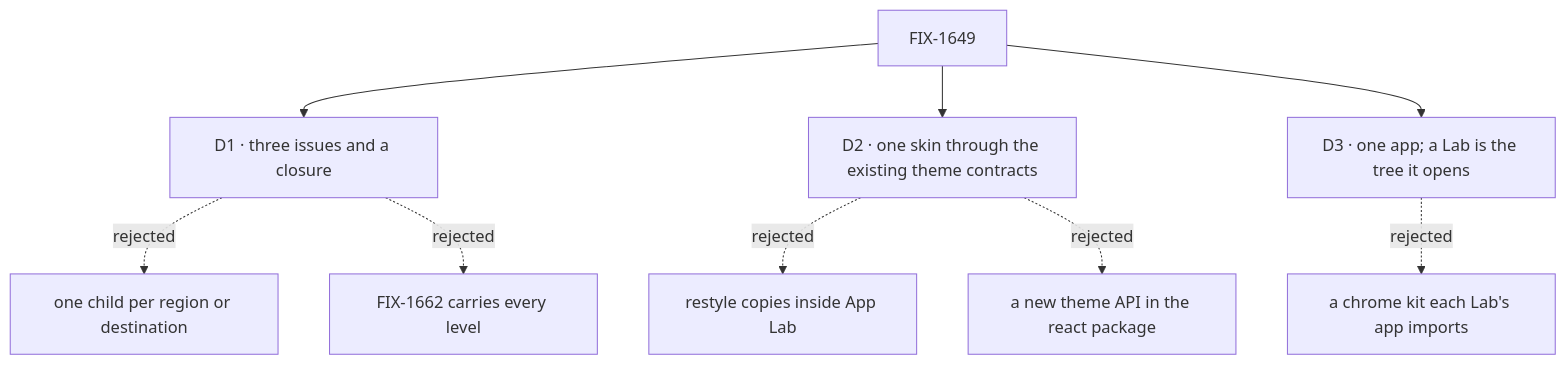
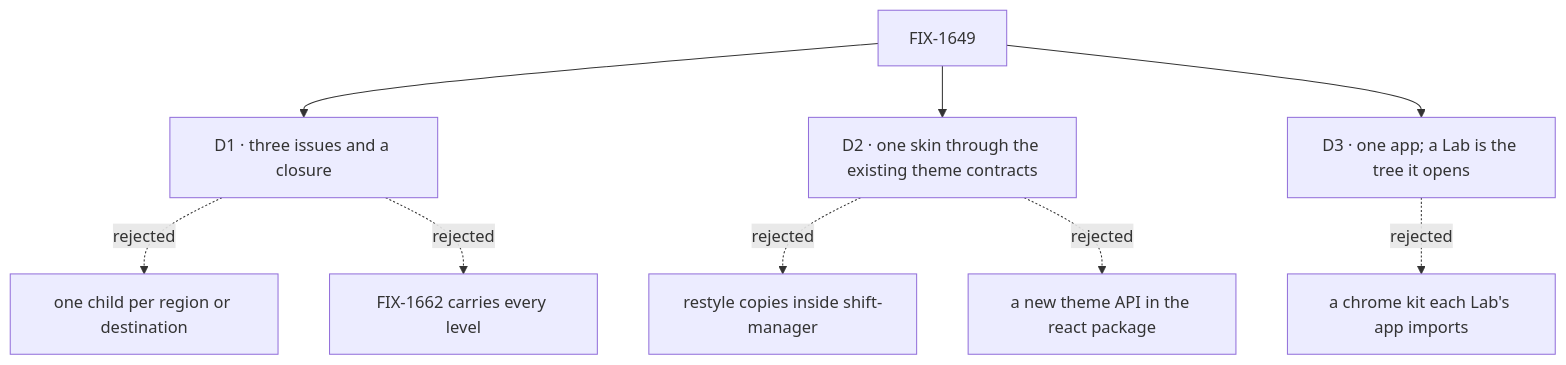
Before and after one commit to fixpoint-labs/flow-state-dev: the diagram in specs/epics/FIX-1649/DECISIONS.md, drawn with Mermaid. The commit also changed other lines of this file and 383 other files, not shown here.

First line of the commit message:
refactor: rename app-lab to shift-manager (FIX-1706)

````diff
--- a/specs/epics/FIX-1649/DECISIONS.md
+++ b/specs/epics/FIX-1649/DECISIONS.md
@@ -11,11 +11,11 @@
 ```mermaid
 flowchart TD
   E["FIX-1649"] --> D1["D1 · three issues and a closure"]
   D1 -.->|"rejected"| X1["one child per region or destination"]
   D1 -.->|"rejected"| X1b["FIX-1662 carries every level"]
   E --> D2["D2 · one skin through the existing theme contracts"]
-  D2 -.->|"rejected"| X2["restyle copies inside App Lab"]
+  D2 -.->|"rejected"| X2["restyle copies inside shift-manager"]
   D2 -.->|"rejected"| X2b["a new theme API in the react package"]
   E --> D3["D3 · one app; a Lab is the tree it opens"]
   D3 -.->|"rejected"| X3["a chrome kit each Lab's app imports"]
 ```
````
